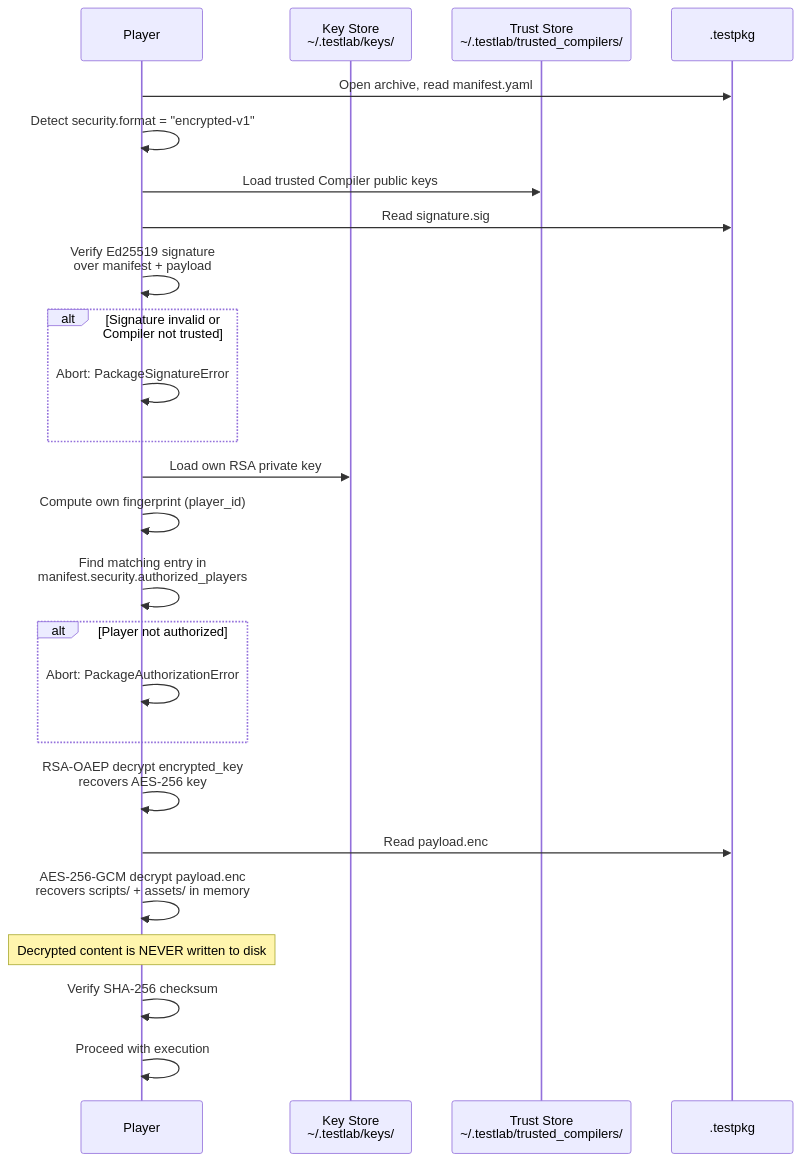
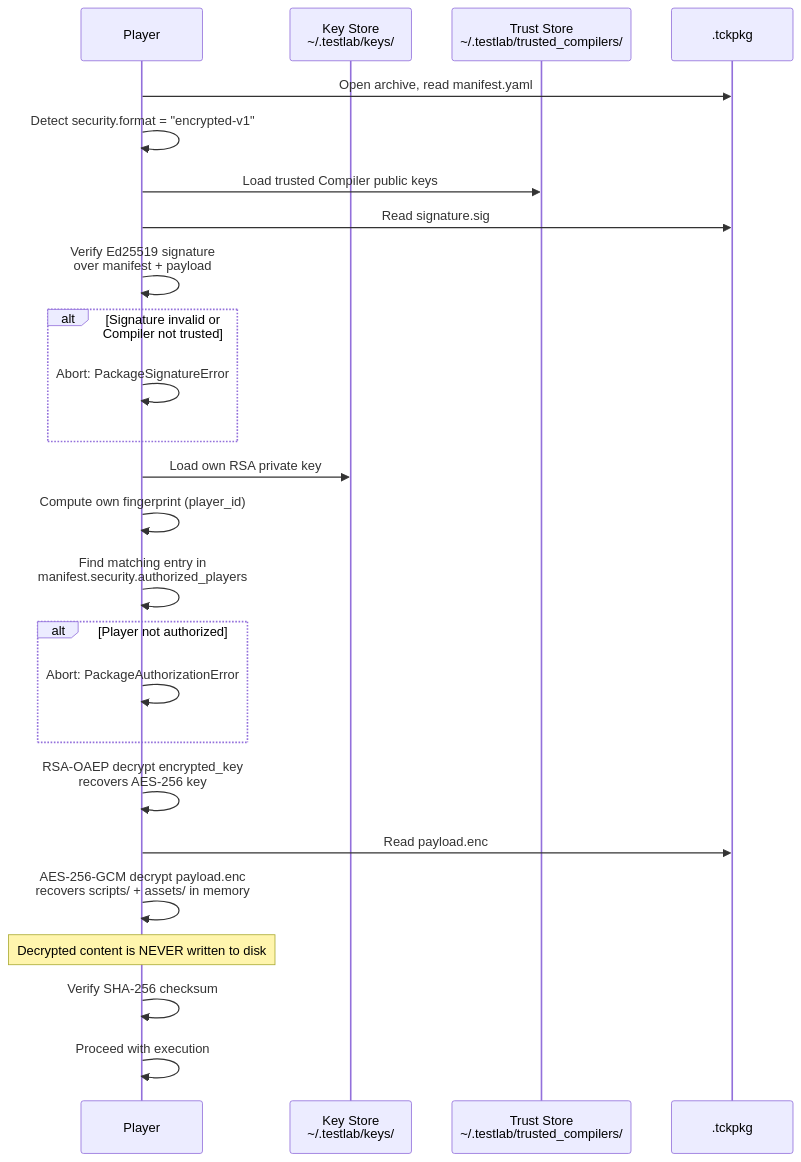
Before and after one commit to tudorfrincu1/tractusx-testlab: the second of 3 diagrams in docs/specification/specification/security.md, drawn with Mermaid. The commit also changed other lines of this file and 144 other files, not shown here.

````diff
--- a/docs/specification/specification/security.md
+++ b/docs/specification/specification/security.md
@@ -101,34 +101,34 @@
 ```mermaid
 sequenceDiagram
     participant P as Player
     participant KS as Key Store<br/>~/.testlab/keys/
     participant TS as Trust Store<br/>~/.testlab/trusted_compilers/
-    participant PKG as .testpkg
+    participant PKG as .tckpkg
 
     P->>PKG: Open archive, read manifest.yaml
     P->>P: Detect security.format = "encrypted-v1"
     P->>TS: Load trusted Compiler public keys
     P->>PKG: Read signature.sig
     P->>P: Verify Ed25519 signature<br/>over manifest + payload
 
     alt Signature invalid or Compiler not trusted
         P->>P: Abort: PackageSignatureError
     end
 
     P->>KS: Load own RSA private key
     P->>P: Compute own fingerprint (player_id)
     P->>P: Find matching entry in<br/>manifest.security.authorized_players
 
     alt Player not authorized
         P->>P: Abort: PackageAuthorizationError
     end
 
     P->>P: RSA-OAEP decrypt encrypted_key<br/>recovers AES-256 key
     P->>PKG: Read payload.enc
     P->>P: AES-256-GCM decrypt payload.enc<br/>recovers scripts/ + assets/ in memory
 
     Note over P: Decrypted content is NEVER written to disk
 
     P->>P: Verify SHA-256 checksum
     P->>P: Proceed with execution
 ```
````
